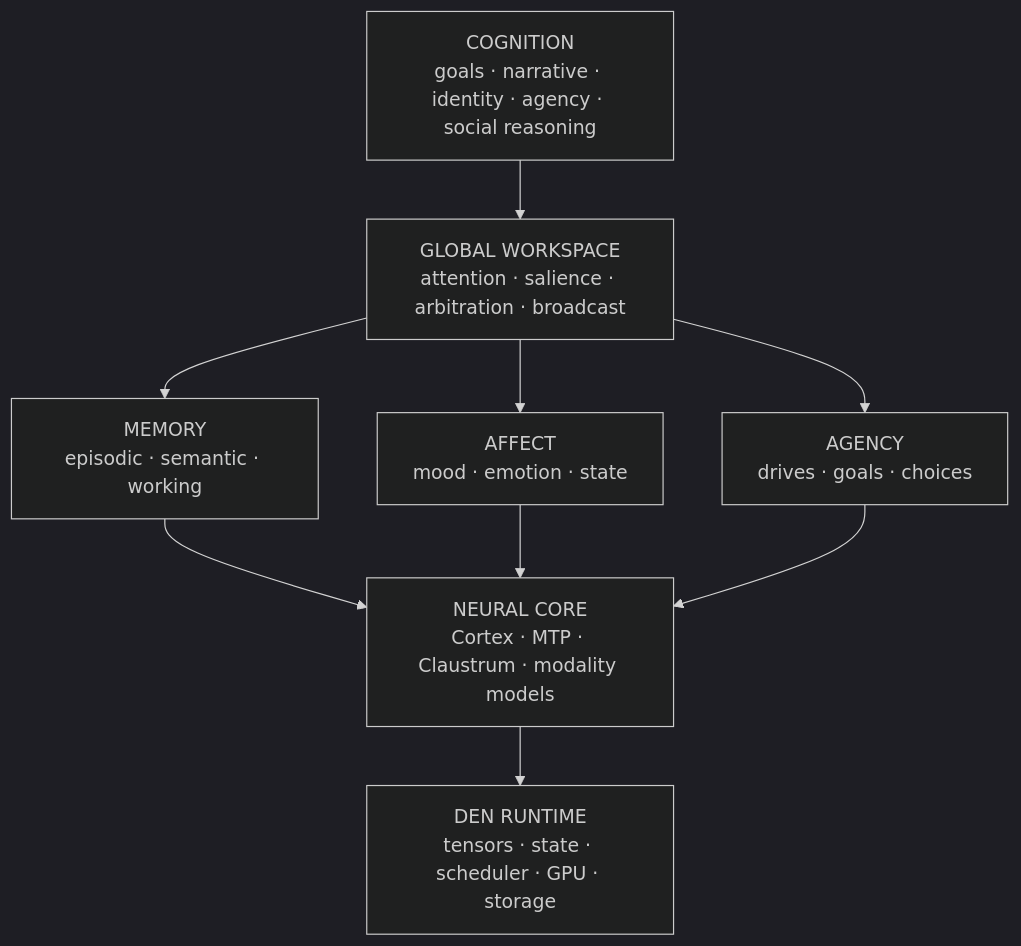
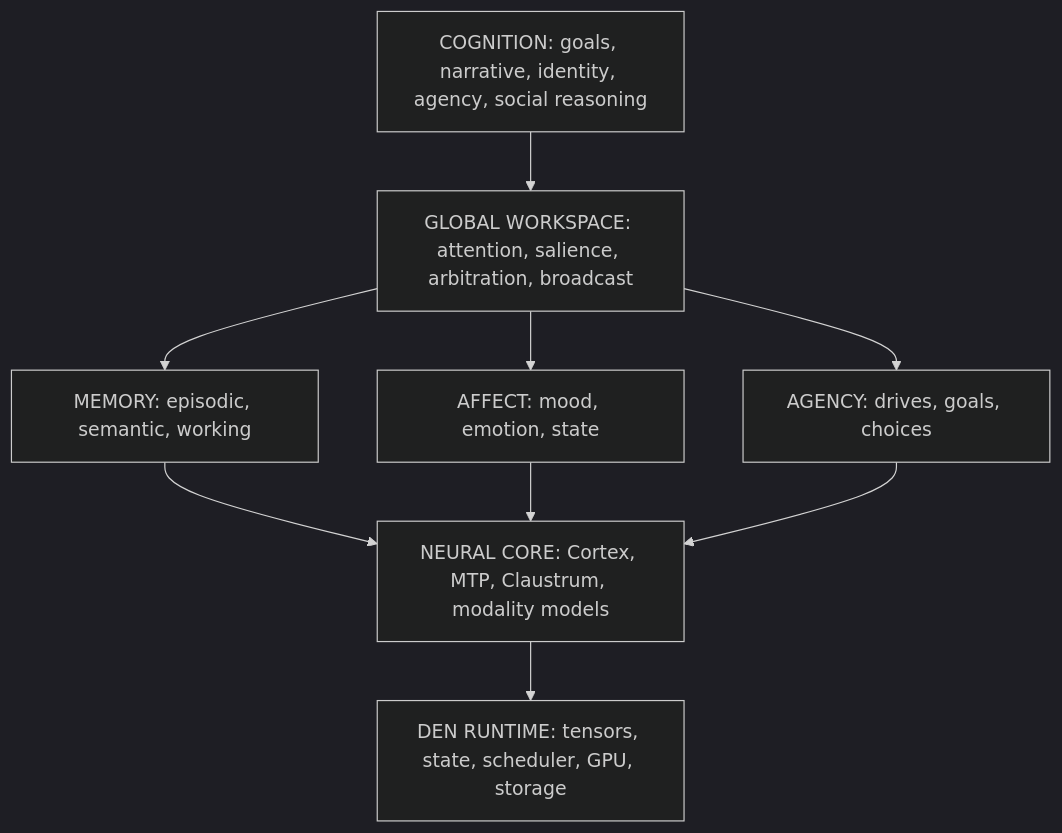
The diagram in README.md (RentedNoodle/Project_Den), drawn with Mermaid (dark theme) before and after one commit. The commit also changed other lines of this file, not shown here.

````diff
--- a/README.md
+++ b/README.md
@@ -60,11 +63,11 @@
 ```mermaid
 flowchart TD
-    A["COGNITION<br/>goals · narrative · identity · agency · social reasoning"] --> B
-    B["GLOBAL WORKSPACE<br/>attention · salience · arbitration · broadcast"] --> C & D & E
-    C["MEMORY<br/>episodic · semantic · working"]
-    D["AFFECT<br/>mood · emotion · state"]
-    E["AGENCY<br/>drives · goals · choices"]
+    A["COGNITION: goals, narrative, identity, agency, social reasoning"] --> B
+    B["GLOBAL WORKSPACE: attention, salience, arbitration, broadcast"] --> C & D & E
+    C["MEMORY: episodic, semantic, working"]
+    D["AFFECT: mood, emotion, state"]
+    E["AGENCY: drives, goals, choices"]
     C & D & E --> F
-    F["NEURAL CORE<br/>Cortex · MTP · Claustrum · modality models"] --> G
-    G["DEN RUNTIME<br/>tensors · state · scheduler · GPU · storage"]
+    F["NEURAL CORE: Cortex, MTP, Claustrum, modality models"] --> G
+    G["DEN RUNTIME: tensors, state, scheduler, GPU, storage"]
 ```
````
